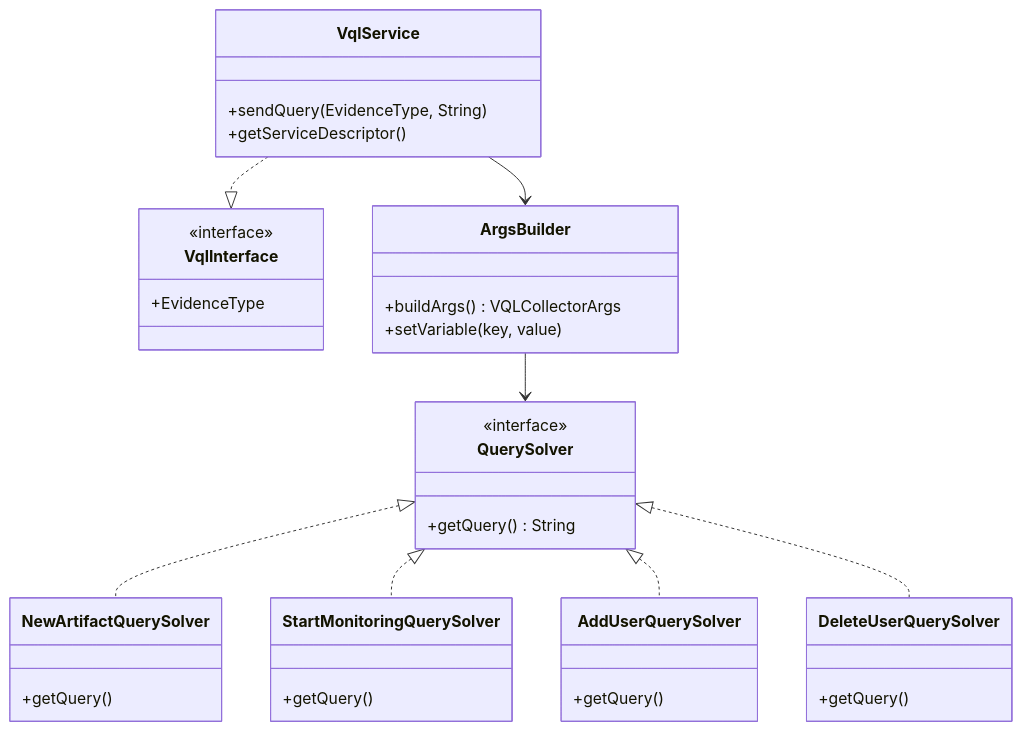
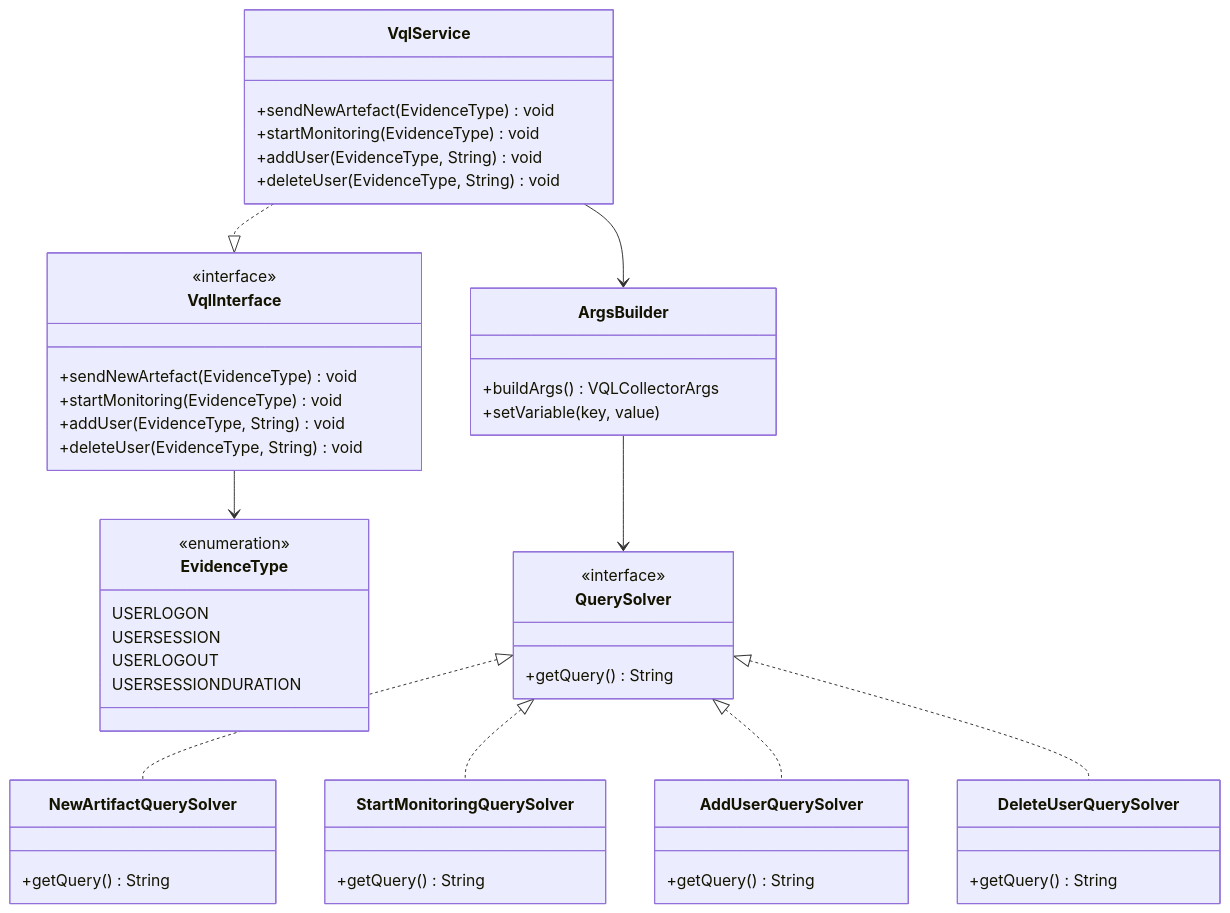
Before and after one commit to tfg-projects-dit-us/openc2consumer: the second of 2 diagrams in README.md, drawn with Mermaid.

Commit message:
revisión diagrama clases

````diff
--- a/README.md
+++ b/README.md
@@ -68,31 +68,44 @@
 ```mermaid
 classDiagram
-    class VqlService {
-        +sendQuery(EvidenceType, String)
-        +getServiceDescriptor()
-    }
     class VqlInterface {
         <<interface>>
-        +EvidenceType
+        +sendNewArtefact(EvidenceType) void
+        +startMonitoring(EvidenceType) void
+        +addUser(EvidenceType, String) void
+        +deleteUser(EvidenceType, String) void
+    }
+    class EvidenceType {
+        <<enumeration>>
+        USERLOGON
+        USERSESSION
+        USERLOGOUT
+        USERSESSIONDURATION
+    }
+    class VqlService {
+        +sendNewArtefact(EvidenceType) void
+        +startMonitoring(EvidenceType) void
+        +addUser(EvidenceType, String) void
+        +deleteUser(EvidenceType, String) void
     }
     class QuerySolver {
         <<interface>>
         +getQuery() String
     }
     class ArgsBuilder {
         +buildArgs() VQLCollectorArgs
         +setVariable(key, value)
     }
-    class NewArtifactQuerySolver { +getQuery() }
-    class StartMonitoringQuerySolver { +getQuery() }
-    class AddUserQuerySolver { +getQuery() }
-    class DeleteUserQuerySolver { +getQuery() }
+    class NewArtifactQuerySolver { +getQuery() String }
+    class StartMonitoringQuerySolver { +getQuery() String }
+    class AddUserQuerySolver { +getQuery() String }
+    class DeleteUserQuerySolver { +getQuery() String }
 
+    VqlInterface --> EvidenceType
+    VqlService ..|> VqlInterface
     VqlService --> ArgsBuilder
-    VqlService ..|> VqlInterface
     ArgsBuilder --> QuerySolver
     QuerySolver <|.. NewArtifactQuerySolver
     QuerySolver <|.. StartMonitoringQuerySolver
     QuerySolver <|.. AddUserQuerySolver
     QuerySolver <|.. DeleteUserQuerySolver
 ```
````
